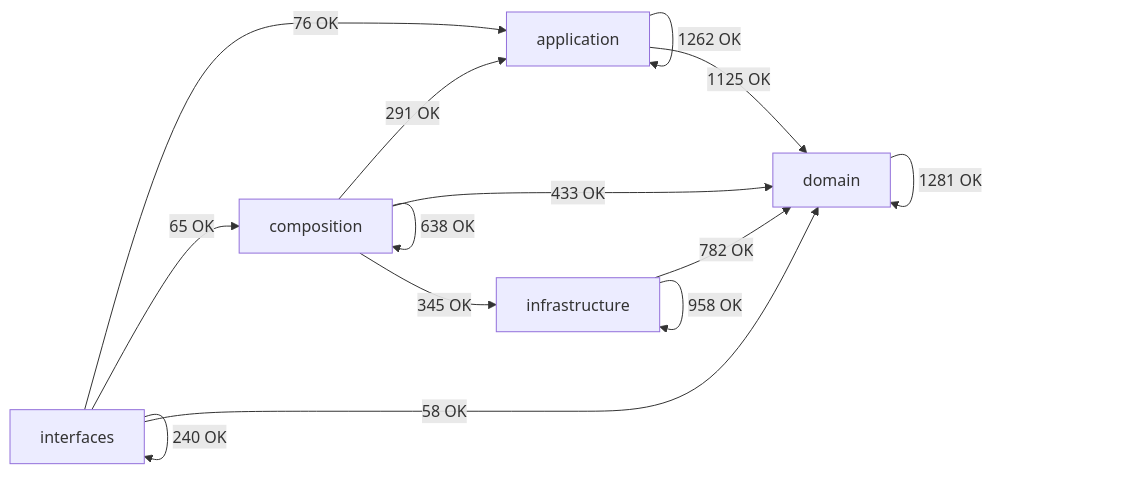
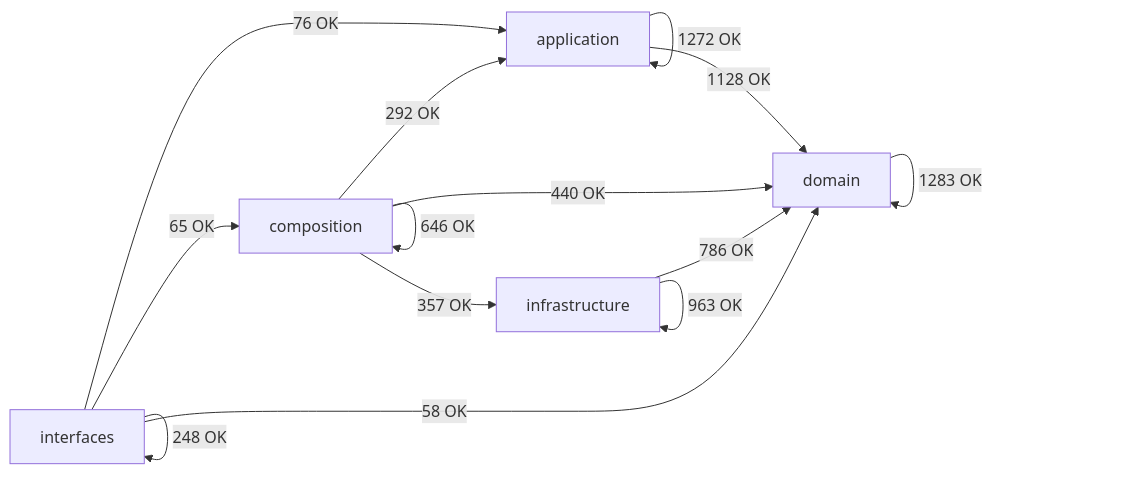
The diagram in docs/02-architecture/generated/module-dependency-map.md (SatoryKono/BioactivityDataAcquisition), drawn with Mermaid before and after one commit. The commit also changed other lines of this file and 404 other files, not shown here.

````diff
--- a/docs/02-architecture/generated/module-dependency-map.md
+++ b/docs/02-architecture/generated/module-dependency-map.md
@@ -17,21 +17,21 @@
 ```mermaid
 flowchart LR
     domain[domain]
     application[application]
     infrastructure[infrastructure]
     composition[composition]
     interfaces[interfaces]
-    application -->|1262 OK| application
-    application -->|1125 OK| domain
-    composition -->|291 OK| application
-    composition -->|638 OK| composition
-    composition -->|433 OK| domain
-    composition -->|345 OK| infrastructure
-    domain -->|1281 OK| domain
-    infrastructure -->|782 OK| domain
-    infrastructure -->|958 OK| infrastructure
+    application -->|1272 OK| application
+    application -->|1128 OK| domain
+    composition -->|292 OK| application
+    composition -->|646 OK| composition
+    composition -->|440 OK| domain
+    composition -->|357 OK| infrastructure
+    domain -->|1283 OK| domain
+    infrastructure -->|786 OK| domain
+    infrastructure -->|963 OK| infrastructure
     interfaces -->|76 OK| application
     interfaces -->|65 OK| composition
     interfaces -->|58 OK| domain
-    interfaces -->|240 OK| interfaces
+    interfaces -->|248 OK| interfaces
 ```
````
